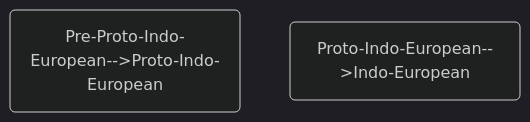
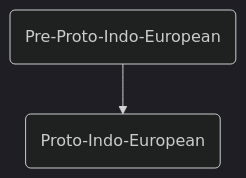
The diagram in README.md (soup-bp/lang-treemod-map), drawn with Mermaid (dark theme) before and after one commit.

````diff
--- a/README.md
+++ b/README.md
@@ -6,6 +6,8 @@
 ```mermaid
 graph TD;
-    id1(Pre-Proto-Indo-European-->Proto-Indo-European);
-    id2(Proto-Indo-European-->Indo-European);
+    id1(Pre-Proto-Indo-European);
+    id2(Proto-Indo-European);
+    id1-->id2;
+
    
 ```
````
